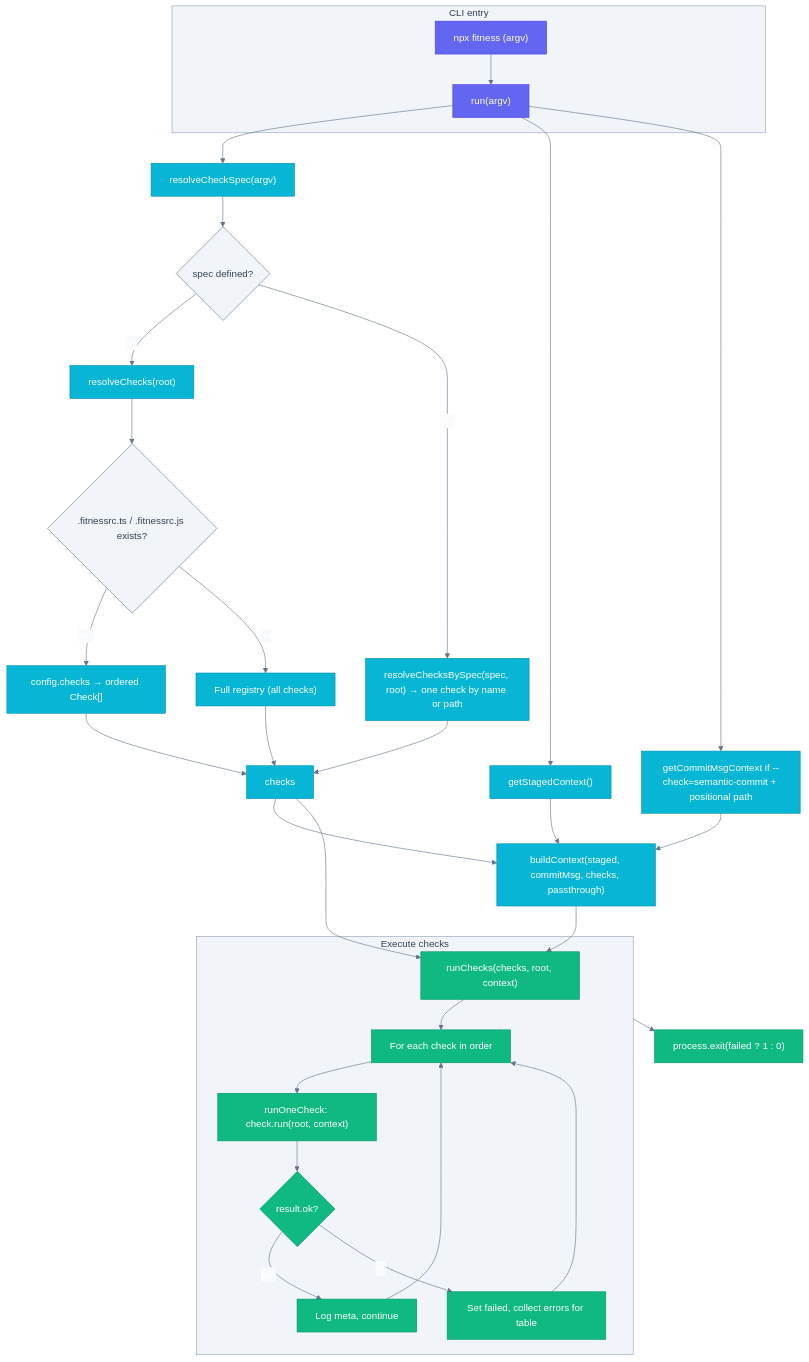
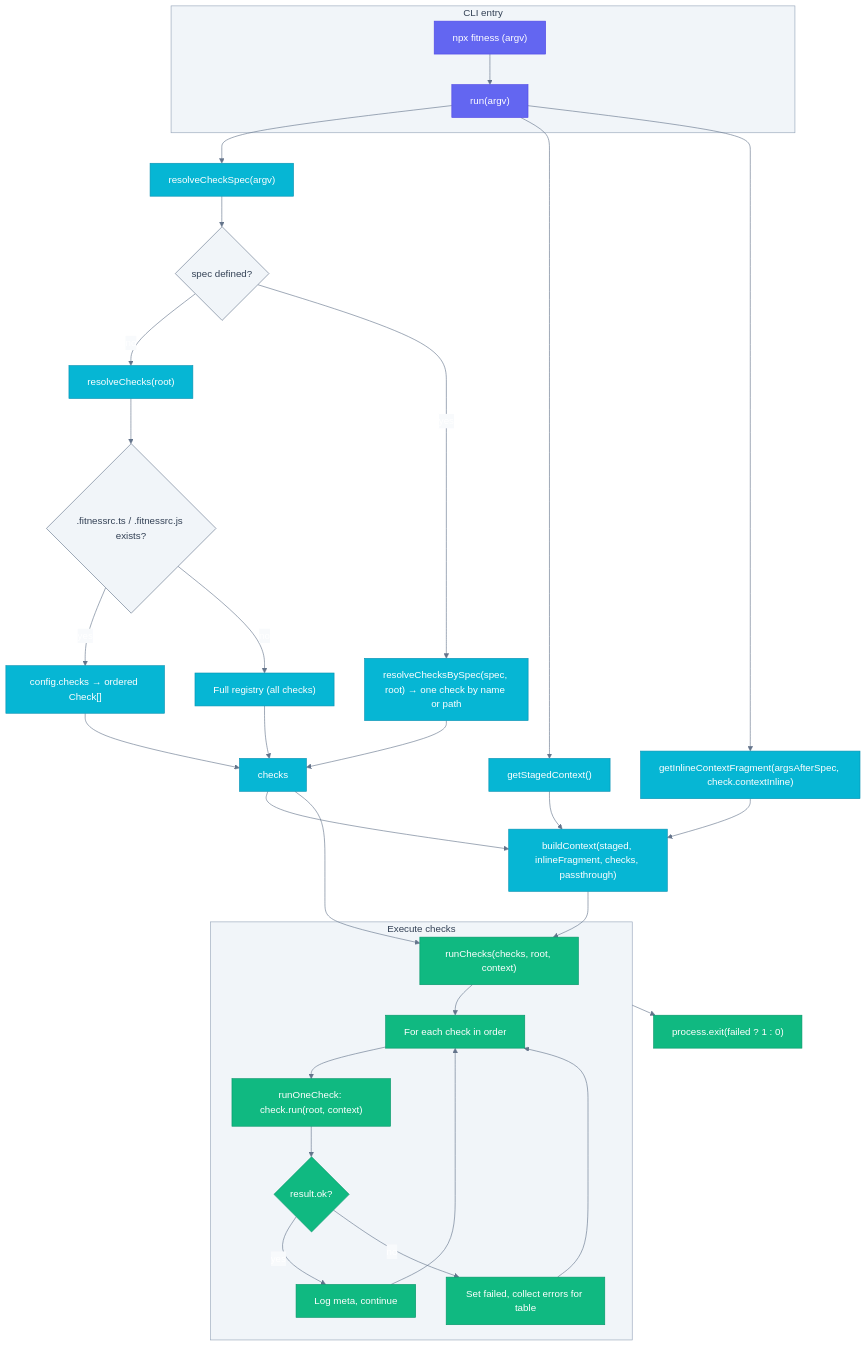
The diagram in README.md (may-journal/fitness-runner), drawn with Mermaid before and after one commit. The commit also changed other lines of this file and 10 other files, not shown here.

First line of the commit message:
feat(runner): check-registered contextInline, remove check-name logic

````diff
--- a/README.md
+++ b/README.md
@@ -94,66 +94,66 @@
 ```mermaid
 %%{init: {'theme':'base', 'themeVariables': {
   'primaryColor':'#6366f1',
   'primaryTextColor':'#fff',
   'primaryBorderColor':'#4f46e5',
   'secondaryColor':'#06b6d4',
   'secondaryTextColor':'#fff',
   'secondaryBorderColor':'#0891b2',
   'tertiaryColor':'#10b981',
   'tertiaryTextColor':'#fff',
   'tertiaryBorderColor':'#059669',
   'lineColor':'#64748b',
   'background':'#f8fafc',
   'mainBkg':'#e0e7ff',
   'clusterBkg':'#f1f5f9',
   'clusterBorder':'#94a3b8',
   'titleColor':'#334155',
   'edgeLabelBackground':'#f8fafc',
   'nodeTextColor':'#1e293b',
   'fontFamily':'system-ui, sans-serif'
 }}}%%
 flowchart TD
   subgraph CLI["CLI entry"]
     A["npx fitness (argv)"]
     A --> B["run(argv)"]
   end
 
   B --> F["resolveCheckSpec(argv)"]
   F --> G{"spec defined?"}
   G -->|no| H["resolveChecks(root)"]
   H --> I{".fitnessrc.ts / .fitnessrc.js exists?"}
   I -->|yes| J["config.checks → ordered Check[]"]
   I -->|no| K["Full registry (all checks)"]
   G -->|yes| L["resolveChecksBySpec(spec, root) → one check by name or path"]
   J --> M["checks"]
   K --> M
   L --> M
   B --> E["getStagedContext()"]
-  B --> Dctx["getCommitMsgContext if --check=semantic-commit + positional path"]
-  E --> N["buildContext(staged, commitMsg, checks, passthrough)"]
+  B --> Dctx["getInlineContextFragment(argsAfterSpec, check.contextInline)"]
+  E --> N["buildContext(staged, inlineFragment, checks, passthrough)"]
   Dctx --> N
   M --> N
   M --> O["runChecks(checks, root, context)"]
   N --> O
 
   subgraph Execute["Execute checks"]
     O --> P["For each check in order"]
     P --> Q["runOneCheck: check.run(root, context)"]
     Q --> R{"result.ok?"}
     R -->|yes| S["Log meta, continue"]
     R -->|no| T["Set failed, collect errors for table"]
     S --> P
     T --> P
   end
 
   Execute --> U["process.exit(failed ? 1 : 0)"]
 
   classDef cli fill:#6366f1,stroke:#4f46e5,color:#fff
   classDef resolve fill:#06b6d4,stroke:#0891b2,color:#fff
   classDef execute fill:#10b981,stroke:#059669,color:#fff
   classDef decision fill:#f1f5f9,stroke:#64748b,color:#334155
   class A,B cli
   class Dctx,E,F,G,H,I,J,K,L,M,N resolve
   class O,P,Q,R,S,T,U execute
   class G,I decision
 ```
````
